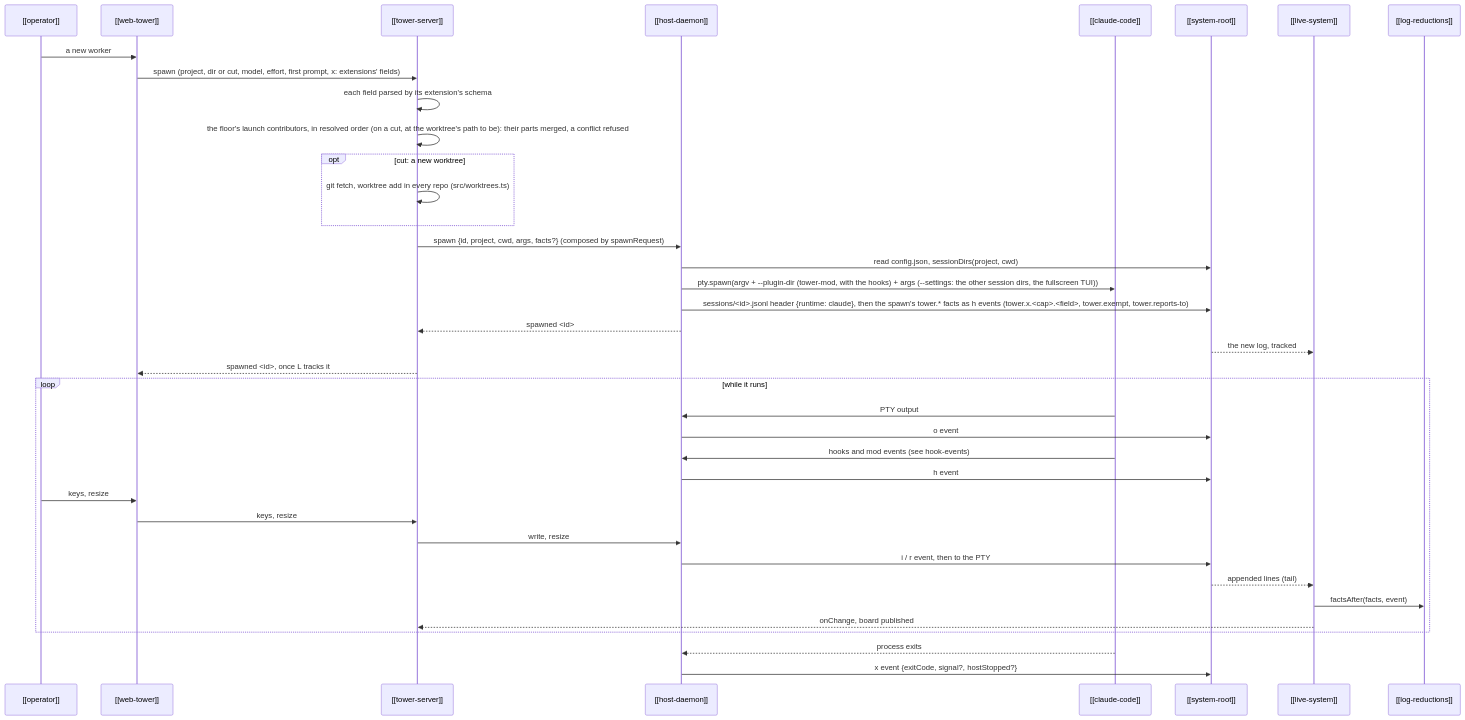
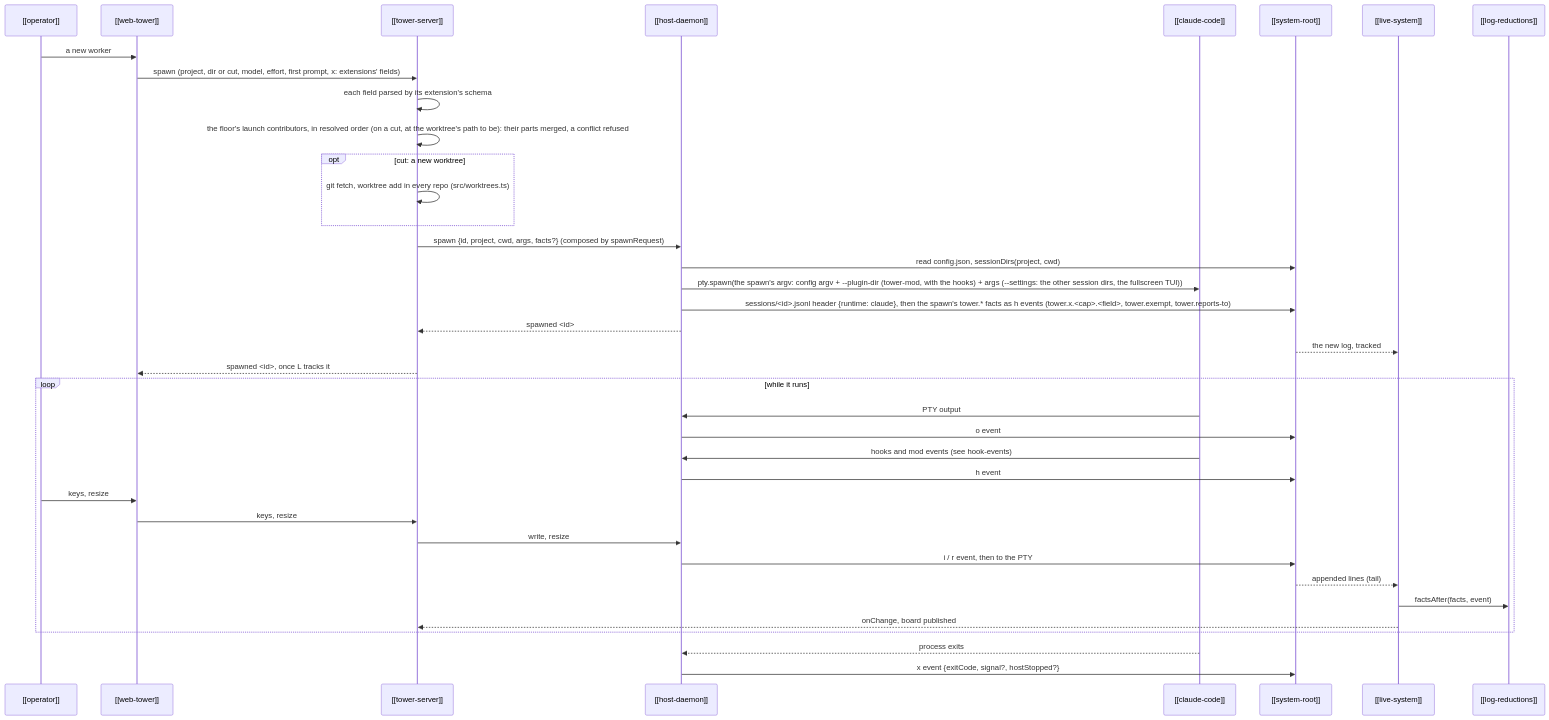
The diagram in kb/entities/flows/session-lifecycle.md (RegiByte/the-tower), drawn with Mermaid before and after one commit. The commit also changed other lines of this file and 88 other files, not shown here.

First line of the commit message:
The host runs a spawn's whole argv and env (protocol 5)

````diff
--- a/kb/entities/flows/session-lifecycle.md
+++ b/kb/entities/flows/session-lifecycle.md
@@ -12,40 +12,40 @@
 ```mermaid
 sequenceDiagram
   participant O as [[operator]]
   participant P as [[web-tower]]
   participant T as [[tower-server]]
   participant H as [[host-daemon]]
   participant C as [[claude-code]]
   participant R as [[system-root]]
   participant L as [[live-system]]
   participant F as [[log-reductions]]
   O->>P: a new worker
   P->>T: spawn (project, dir or cut, model, effort, first prompt, x: extensions' fields)
   T->>T: each field parsed by its extension's schema
   T->>T: the floor's launch contributors, in resolved order (on a cut, at the worktree's path to be): their parts merged, a conflict refused
   opt cut: a new worktree
     T->>T: git fetch, worktree add in every repo (src/worktrees.ts)
   end
   T->>H: spawn {id, project, cwd, args, facts?} (composed by spawnRequest)
   H->>R: read config.json, sessionDirs(project, cwd)
-  H->>C: pty.spawn(argv + --plugin-dir (tower-mod, with the hooks) + args (--settings: the other session dirs, the fullscreen TUI))
+  H->>C: pty.spawn(the spawn's argv: config argv + --plugin-dir (tower-mod, with the hooks) + args (--settings: the other session dirs, the fullscreen TUI))
   H->>R: sessions/<id>.jsonl header {runtime: claude}, then the spawn's tower.* facts as h events (tower.x.<cap>.<field>, tower.exempt, tower.reports-to)
   H-->>T: spawned <id>
   R-->>L: the new log, tracked
   T-->>P: spawned <id>, once L tracks it
   loop while it runs
     C->>H: PTY output
     H->>R: o event
     C->>H: hooks and mod events (see hook-events)
     H->>R: h event
     O->>P: keys, resize
     P->>T: keys, resize
     T->>H: write, resize
     H->>R: i / r event, then to the PTY
     R-->>L: appended lines (tail)
     L->>F: factsAfter(facts, event)
     L-->>T: onChange, board published
   end
   C-->>H: process exits
   H->>R: x event {exitCode, signal?, hostStopped?}
 ```
````
